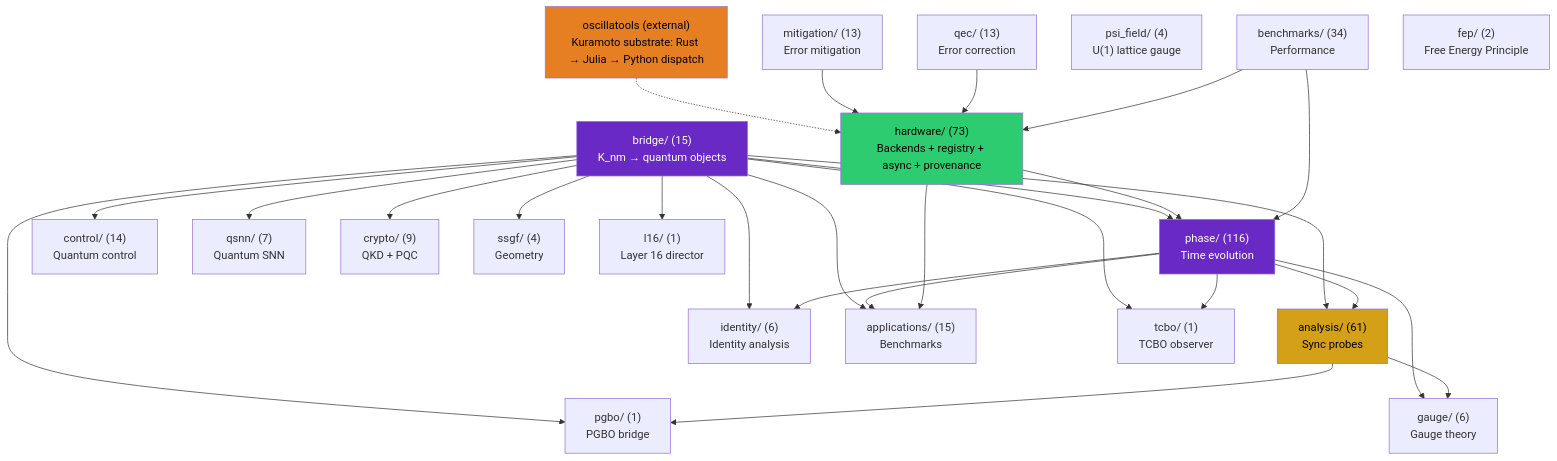
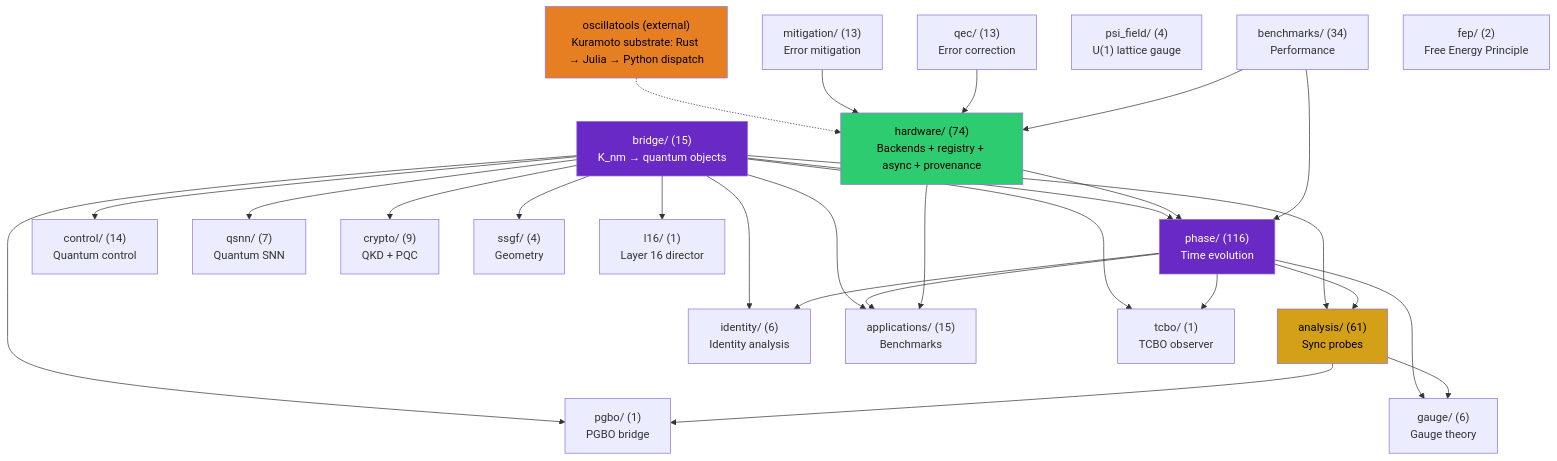
One commit to anulum/scpn-quantum-control changed the first of 4 diagrams in docs/architecture.md. Above: the diagram before and after it, drawn with Mermaid.

Commit message:
fix(docs): architecture mermaid hardware node count 73 -> 74
The error_aware_chain module (40d8c91b) grew the hardware package; the
total module count was updated but the per-package mermaid node count
was not, which
test_documentation_inventory_consistency::test_architecture_mermaid_node_counts_match_the_filesystem
correctly rejected on all three CI test legs. Guard test green locally.

Authored by Anulum Fortis & Arcane Sapience (protoscience@anulum.li)
Seat: 7f6b

````diff
--- a/docs/architecture.md
+++ b/docs/architecture.md
@@ -362,55 +362,55 @@
 ```mermaid
 graph TD
     bridge["bridge/ (15)\nK_nm → quantum objects"]
     phase["phase/ (116)\nTime evolution"]
     analysis["analysis/ (61)\nSync probes"]
     control["control/ (14)\nQuantum control"]
     qsnn["qsnn/ (7)\nQuantum SNN"]
     identity["identity/ (6)\nIdentity analysis"]
-    hardware["hardware/ (73)\nBackends + registry + async + provenance"]
+    hardware["hardware/ (74)\nBackends + registry + async + provenance"]
     mitigation["mitigation/ (13)\nError mitigation"]
     qec["qec/ (13)\nError correction"]
     gauge["gauge/ (6)\nGauge theory"]
     apps["applications/ (15)\nBenchmarks"]
     crypto["crypto/ (9)\nQKD + PQC"]
     benchmarks["benchmarks/ (34)\nPerformance"]
     ssgf["ssgf/ (4)\nGeometry"]
     psi_field["psi_field/ (4)\nU(1) lattice gauge"]
     oscillatools["oscillatools (external)\nKuramoto substrate: Rust → Julia → Python dispatch"]
     fep["fep/ (2)\nFree Energy Principle"]
     tcbo["tcbo/ (1)\nTCBO observer"]
     pgbo["pgbo/ (1)\nPGBO bridge"]
     l16["l16/ (1)\nLayer 16 director"]
 
     bridge --> phase
     bridge --> analysis
     bridge --> control
     bridge --> qsnn
     bridge --> identity
     bridge --> apps
     bridge --> crypto
     bridge --> ssgf
     phase --> analysis
     phase --> identity
     phase --> apps
     phase --> gauge
     analysis --> gauge
     hardware --> phase
     hardware --> apps
     oscillatools -.-> hardware
     mitigation --> hardware
     qec --> hardware
     benchmarks --> phase
     benchmarks --> hardware
     bridge --> tcbo
     bridge --> pgbo
     bridge --> l16
     phase --> tcbo
     analysis --> pgbo
 
     style bridge fill:#6929C4,color:#fff
     style analysis fill:#d4a017,color:#000
     style phase fill:#6929C4,color:#fff
     style hardware fill:#2ecc71,color:#000
     style oscillatools fill:#e67e22,color:#000
 ```
````
